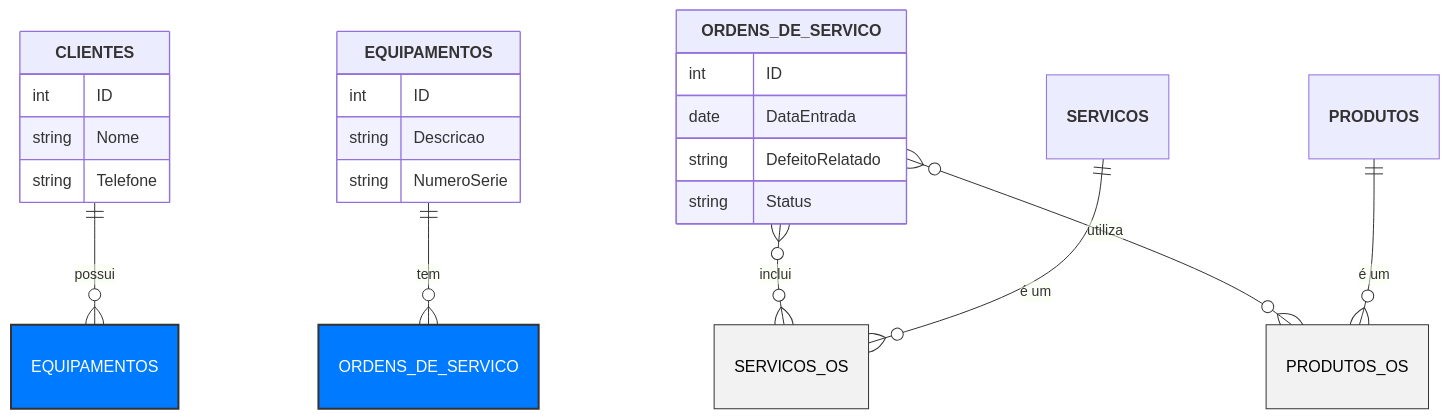
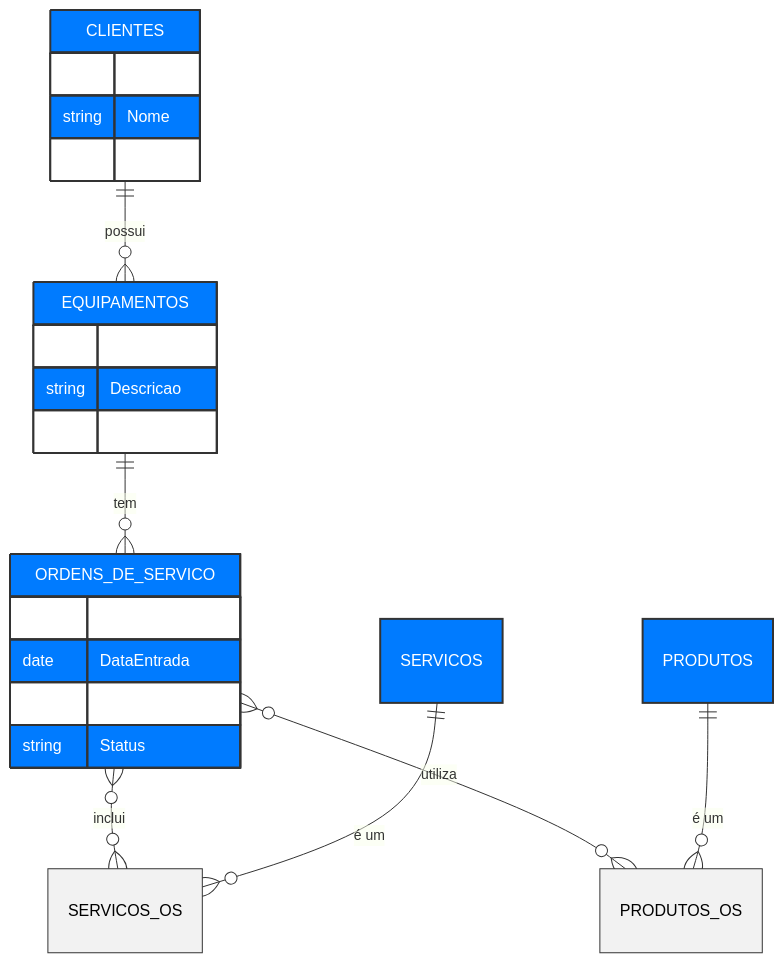
One commit to Naasso/Sistema-de-Gest-o-Empresarial-Full-Stack changed the second of 3 diagrams in README.md. Above: the diagram before and after it, drawn with Mermaid. The commit also changed other lines of this file, not shown here.

````diff
--- a/README.md
+++ b/README.md
@@ -118,36 +118,36 @@
 ```mermaid
 erDiagram
-    **CLIENTES** ||--o{ EQUIPAMENTOS : "possui"
-    **EQUIPAMENTOS** ||--o{ ORDENS_DE_SERVICO : "tem"
+    CLIENTES ||--o{ EQUIPAMENTOS : "possui"
+    EQUIPAMENTOS ||--o{ ORDENS_DE_SERVICO : "tem"
     
-    **ORDENS_DE_SERVICO** }o--o{ SERVICOS_OS : "inclui"
-    **SERVICOS** ||--o{ SERVICOS_OS : "é um"
+    ORDENS_DE_SERVICO }o--o{ SERVICOS_OS : "inclui"
+    SERVICOS ||--o{ SERVICOS_OS : "é um"
 
-    **ORDENS_DE_SERVICO** }o--o{ PRODUTOS_OS : "utiliza"
-    **PRODUTOS** ||--o{ PRODUTOS_OS : "é um"
+    ORDENS_DE_SERVICO }o--o{ PRODUTOS_OS : "utiliza"
+    PRODUTOS ||--o{ PRODUTOS_OS : "é um"
 
-    **CLIENTES** {
+    CLIENTES {
         int ID
         string Nome
         string Telefone
     }
-    **EQUIPAMENTOS** {
+    EQUIPAMENTOS {
         int ID
         string Descricao
         string NumeroSerie
     }
-    **ORDENS_DE_SERVICO** {
+    ORDENS_DE_SERVICO {
         int ID
         date DataEntrada
         string DefeitoRelatado
         string Status
     }
 
     %% Definição de Estilos
     classDef mainEntity fill:#007bff,stroke:#333,stroke-width:2px,color:white
     classDef linkingEntity fill:#f2f2f2,stroke:#333,stroke-width:1px,color:black
 
     %% Aplicação dos Estilos (sem ponto e vírgula)
     class CLIENTES,EQUIPAMENTOS,ORDENS_DE_SERVICO,SERVICOS,PRODUTOS mainEntity
     class SERVICOS_OS,PRODUTOS_OS linkingEntity
 ```
````
